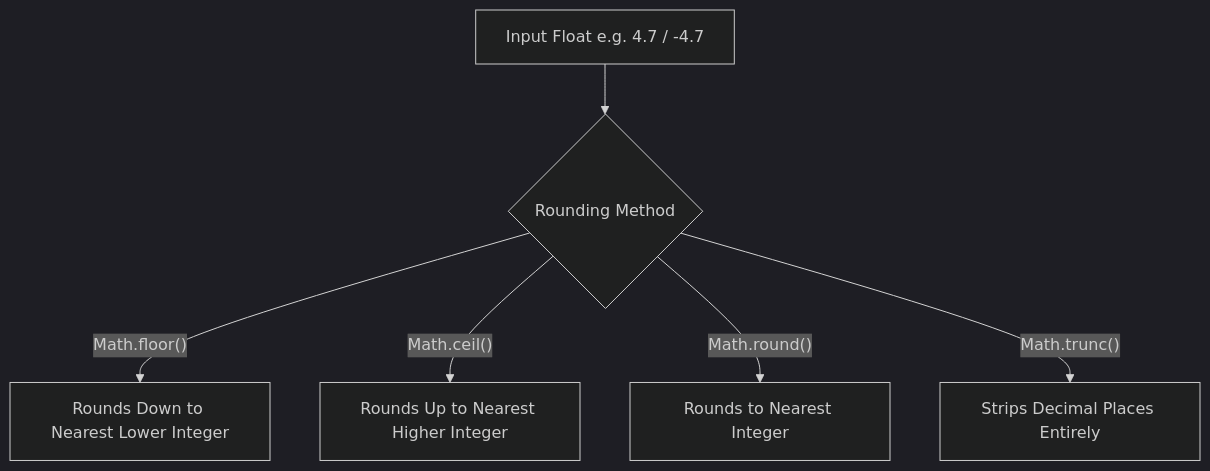
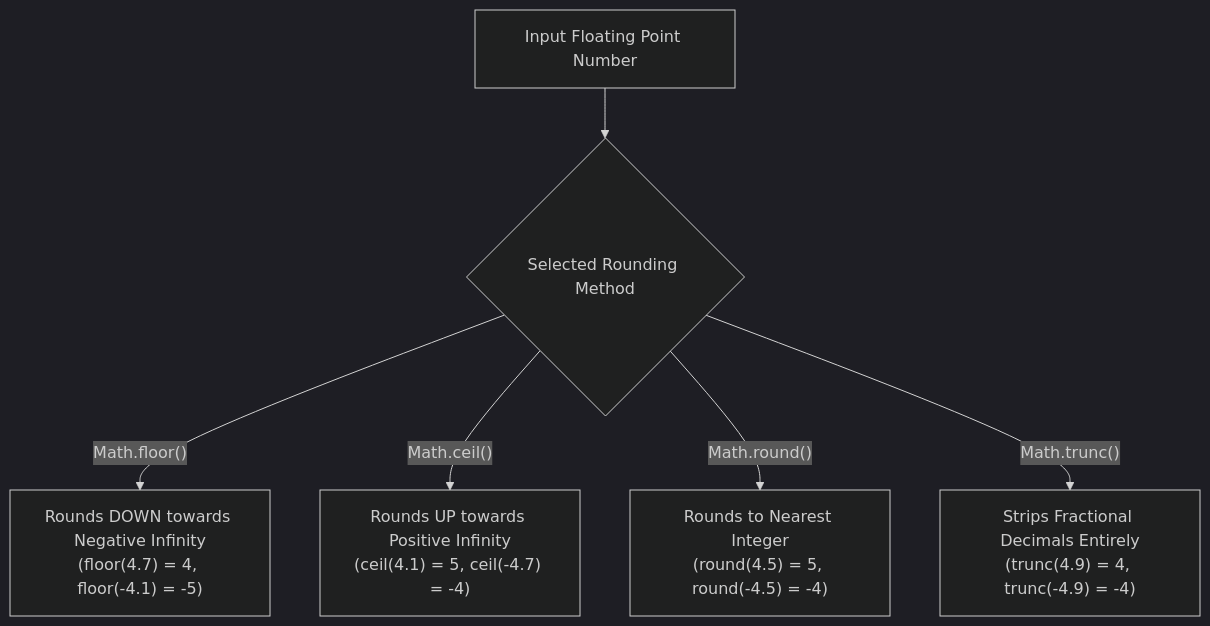
The third of 4 diagrams in js-notes/04-numbers-and-math.md (Amie-dev/engineering-playbook), drawn with Mermaid (dark theme) before and after one commit. The commit also changed other lines of this file and 42 other files, not shown here.

````diff
--- a/js-notes/04-numbers-and-math.md
+++ b/js-notes/04-numbers-and-math.md
@@ -27,8 +59,9 @@
 ```mermaid
-graph TD
-    Val[Input Float e.g. 4.7 / -4.7] --> Method{Rounding Method}
-    Method -- "Math.floor()" --> Floor[Rounds Down to Nearest Lower Integer]
-    Method -- "Math.ceil()" --> Ceil[Rounds Up to Nearest Higher Integer]
-    Method -- "Math.round()" --> Round[Rounds to Nearest Integer]
-    Method -- "Math.trunc()" --> Trunc[Strips Decimal Places Entirely]
+flowchart TD
+    Val[Input Floating Point Number] --> Choice{Selected Rounding Method}
+
+    Choice -- "Math.floor()" --> Floor["Rounds DOWN towards Negative Infinity<br/>(floor(4.7) = 4, floor(-4.1) = -5)"]
+    Choice -- "Math.ceil()" --> Ceil["Rounds UP towards Positive Infinity<br/>(ceil(4.1) = 5, ceil(-4.7) = -4)"]
+    Choice -- "Math.round()" --> Round["Rounds to Nearest Integer<br/>(round(4.5) = 5, round(-4.5) = -4)"]
+    Choice -- "Math.trunc()" --> Trunc["Strips Fractional Decimals Entirely<br/>(trunc(4.9) = 4, trunc(-4.9) = -4)"]
 ```
````
